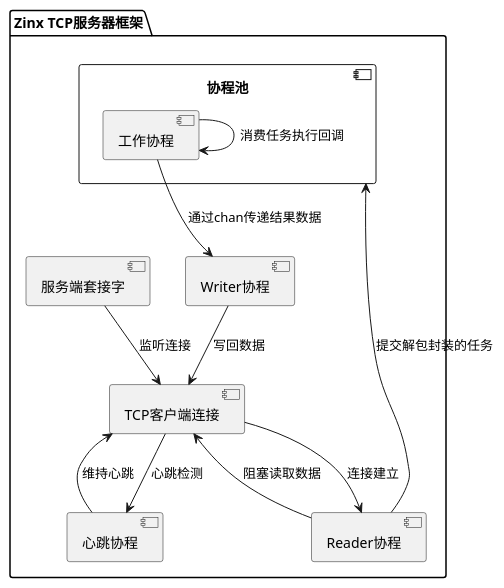
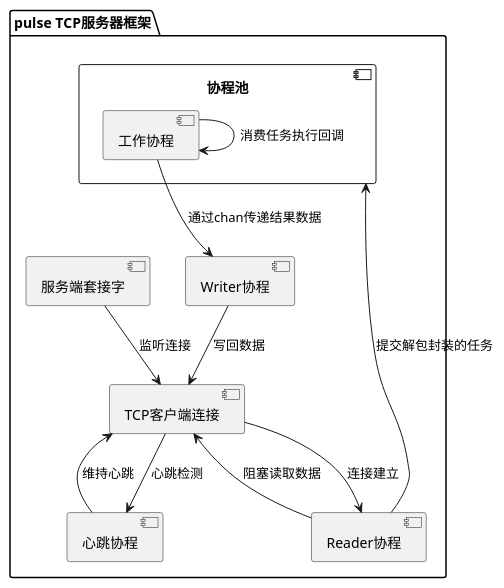
The diagram in docs/architecture.plantuml (Meha555/pulse), drawn with PlantUML before and after one commit. The commit also changed 73 other files, not shown here.

```diff
--- a/docs/architecture.plantuml
+++ b/docs/architecture.plantuml
@@ -1,22 +1,22 @@
 @startuml
-package "Zinx TCP服务器框架" {
+package "pulse TCP服务器框架" {
     component "服务端套接字" as serverSocket
     component "TCP客户端连接" as clientConnection
     component "Reader协程" as readerCoroutine
     component "Writer协程" as writerCoroutine
     component "心跳协程" as heartbeatCoroutine
     component "协程池" as coroutinePool {
         component "工作协程" as workerCoroutine
     }
 }
 
 serverSocket --> clientConnection : 监听连接
 clientConnection --> readerCoroutine : 连接建立
 readerCoroutine --> clientConnection : 阻塞读取数据
 readerCoroutine --> coroutinePool : 提交解包封装的任务
 workerCoroutine --> workerCoroutine : 消费任务执行回调
 workerCoroutine --> writerCoroutine : 通过chan传递结果数据
 writerCoroutine --> clientConnection : 写回数据
 clientConnection --> heartbeatCoroutine : 心跳检测
 heartbeatCoroutine --> clientConnection : 维持心跳
 @enduml
```
